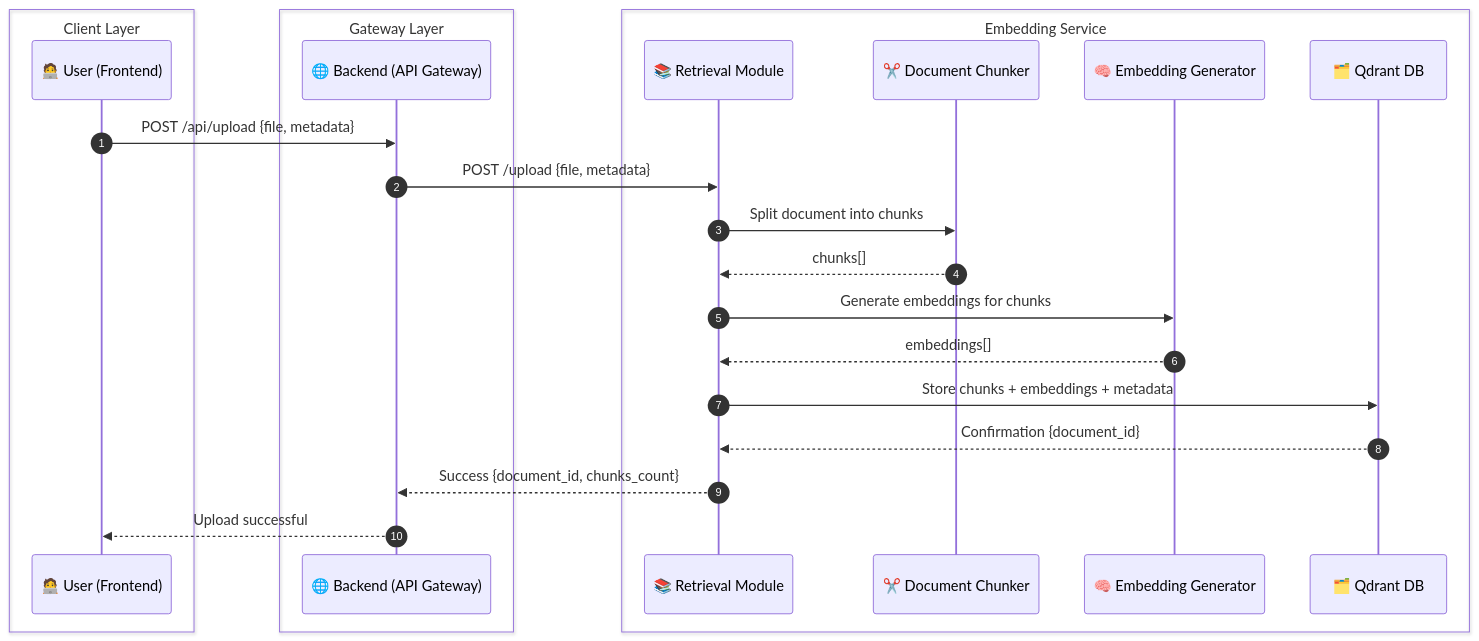
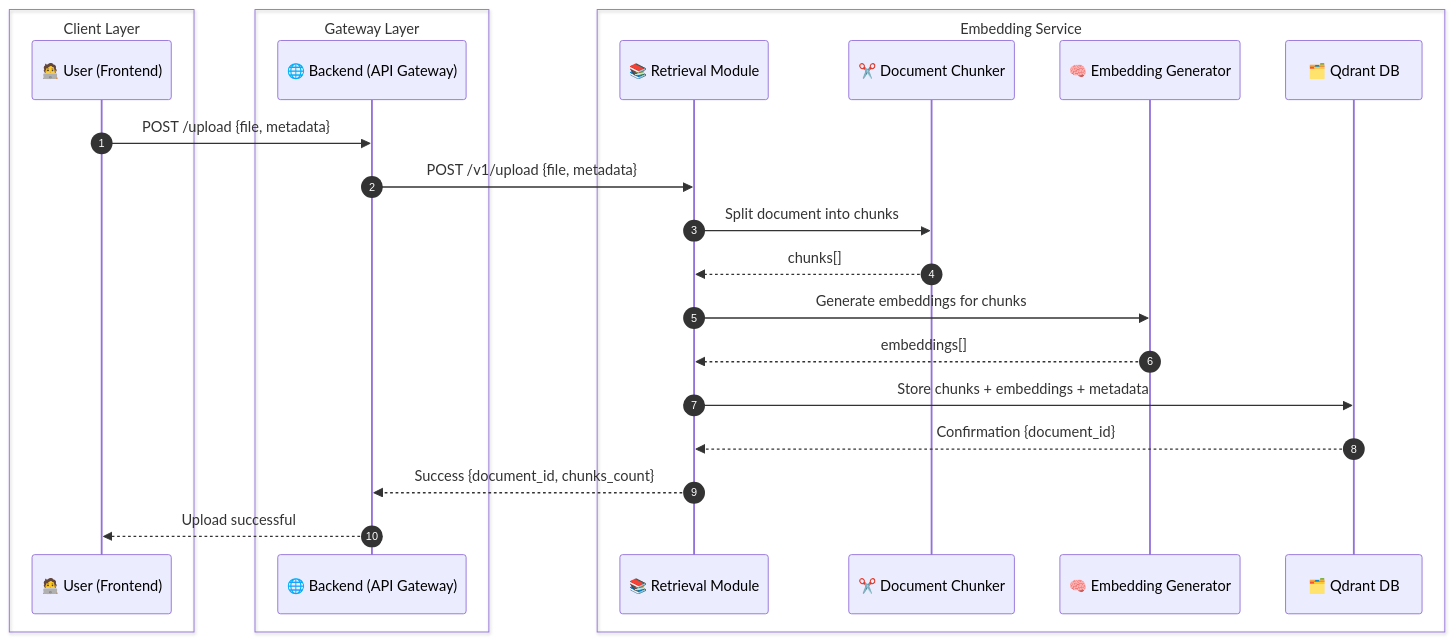
Before and after one commit to Taihenc/project-aiq: the third of 3 diagrams in README.md, drawn with Mermaid. The commit also changed other lines of this file, not shown here.

Commit message:
docs: [AIQ-85] update README to reflect change chat service into backend

````diff
--- a/README.md
+++ b/README.md
@@ -273,36 +240,36 @@
 ```mermaid
 sequenceDiagram
     autonumber
     box Client Layer
         participant User as 🧑‍💻 User (Frontend)
     end
 
     box Gateway Layer
         participant Backend as 🌐 Backend (API Gateway)
     end
 
     box Embedding Service
         participant Retrieval as 📚 Retrieval Module
         participant Chunker as ✂️ Document Chunker
         participant Embedder as 🧠 Embedding Generator
         participant Qdrant as 🗂️ Qdrant DB
     end
 
     %% USER UPLOADS DOCUMENT
-    User->>Backend: POST /api/upload {file, metadata}
-    Backend->>Retrieval: POST /upload {file, metadata}
+    User->>Backend: POST /upload {file, metadata}
+    Backend->>Retrieval: POST /v1/upload {file, metadata}
 
     %% RETRIEVAL PROCESSES DOCUMENT
     Retrieval->>Chunker: Split document into chunks
     Chunker-->>Retrieval: chunks[]
 
     Retrieval->>Embedder: Generate embeddings for chunks
     Embedder-->>Retrieval: embeddings[]
 
     Retrieval->>Qdrant: Store chunks + embeddings + metadata
     Qdrant-->>Retrieval: Confirmation {document_id}
 
     %% RETURN TO USER
     Retrieval-->>Backend: Success {document_id, chunks_count}
     Backend-->>User: Upload successful
 ```
````
